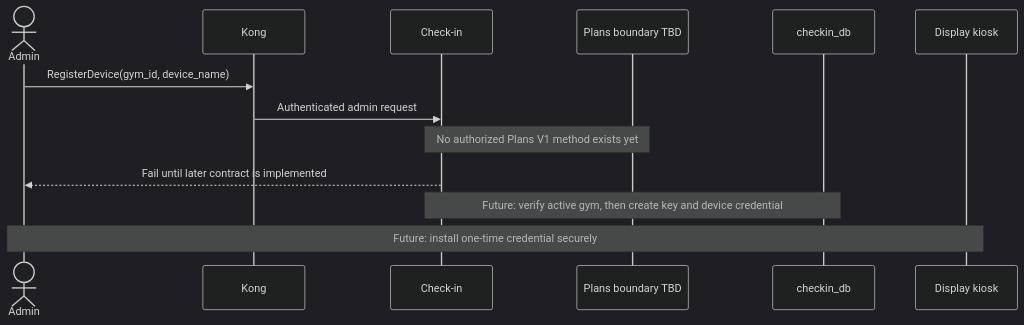
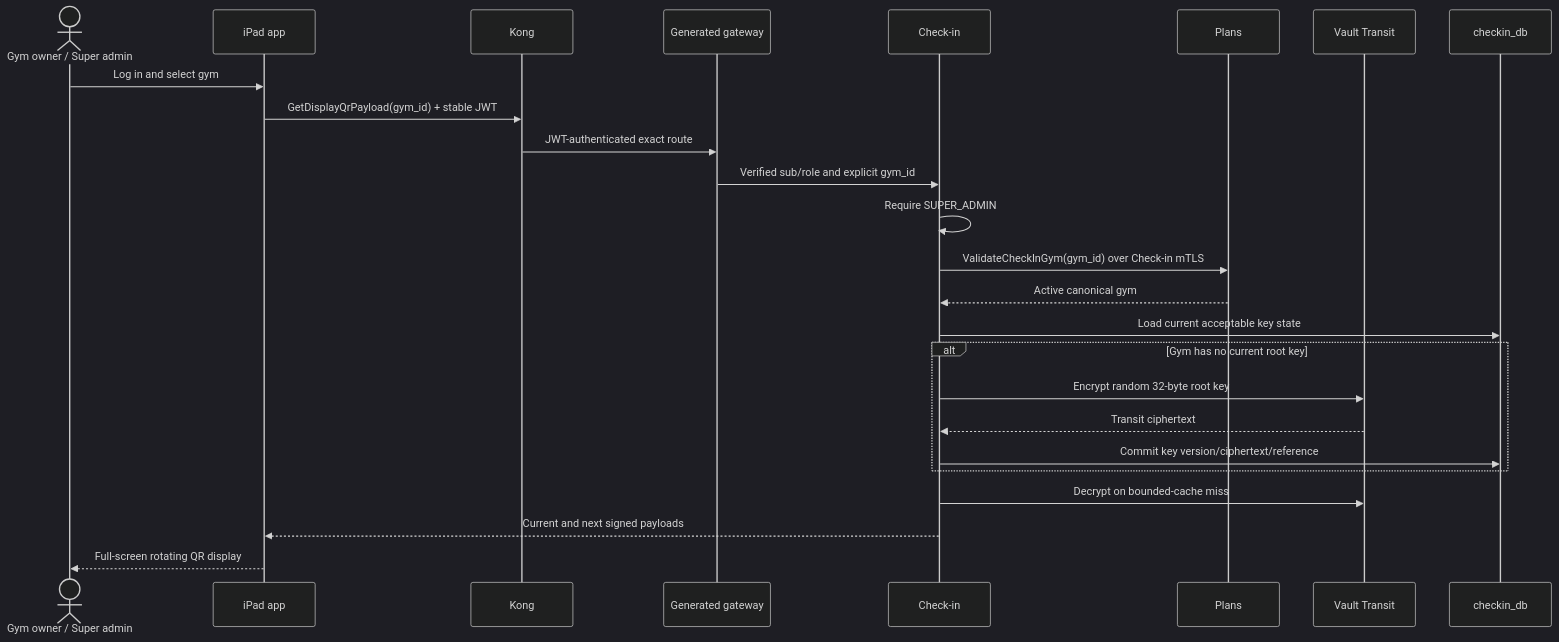
The first of 2 diagrams in services/06-ms-gym-checkin.md (pploc/gym-architect), drawn with Mermaid (dark theme) before and after one commit. The commit also changed other lines of this file and 10 other files, not shown here.

````diff
--- a/services/06-ms-gym-checkin.md
+++ b/services/06-ms-gym-checkin.md
@@ -42,16 +131,28 @@
 ```mermaid
 sequenceDiagram
-    actor A as Admin
+    actor O as Gym owner / Super admin
+    participant IP as iPad app
     participant K as Kong
+    participant GW as Generated gateway
     participant CS as Check-in
-    participant PL as Plans boundary TBD
+    participant PL as Plans
+    participant V as Vault Transit
     participant DB as checkin_db
-    participant D as Display kiosk
 
-    A->>K: RegisterDevice(gym_id, device_name)
-    K->>CS: Authenticated admin request
-    Note over CS,PL: No authorized Plans V1 method exists yet
-    CS-->>A: Fail until later contract is implemented
-    Note over CS,DB: Future: verify active gym, then create key and device credential
-    Note over A,D: Future: install one-time credential securely
+    O->>IP: Log in and select gym
+    IP->>K: GetDisplayQrPayload(gym_id) + stable JWT
+    K->>GW: JWT-authenticated exact route
+    GW->>CS: Verified sub/role and explicit gym_id
+    CS->>CS: Require SUPER_ADMIN
+    CS->>PL: ValidateCheckInGym(gym_id) over Check-in mTLS
+    PL-->>CS: Active canonical gym
+    CS->>DB: Load current acceptable key state
+    alt Gym has no current root key
+        CS->>V: Encrypt random 32-byte root key
+        V-->>CS: Transit ciphertext
+        CS->>DB: Commit key version/ciphertext/reference
+    end
+    CS->>V: Decrypt on bounded-cache miss
+    CS-->>IP: Current and next signed payloads
+    IP-->>O: Full-screen rotating QR display
 ```
````
